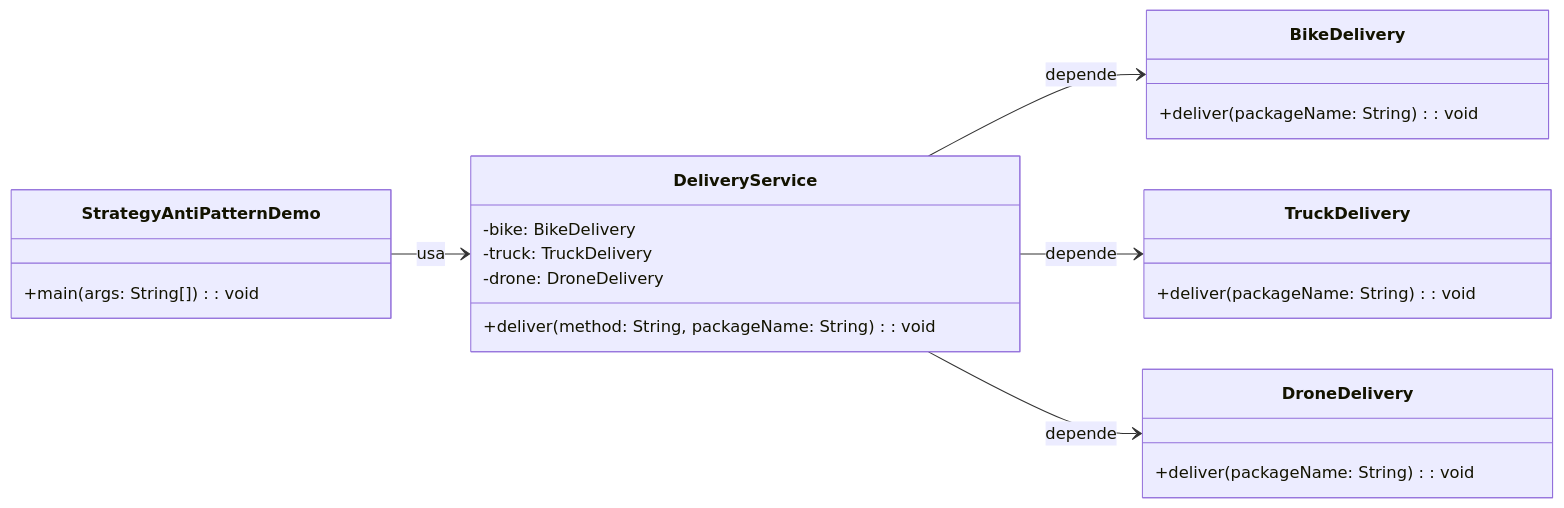
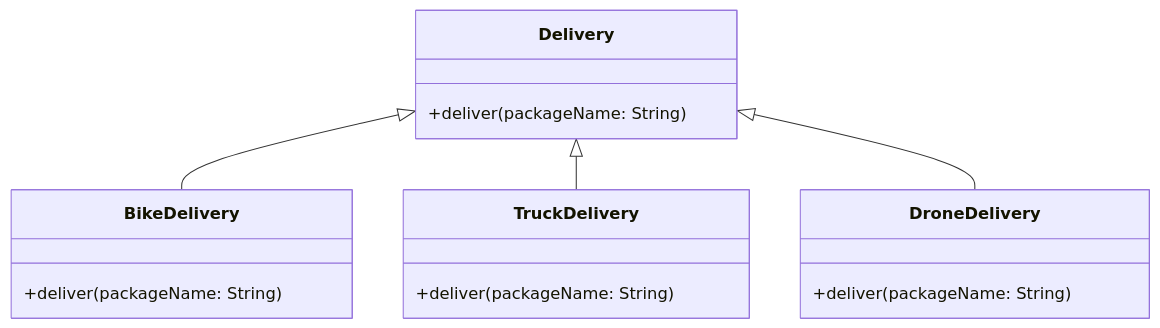
One commit to TiagoTReis/bertoti changed the diagram in padroes/strategy/antipattern/uml-antiPattern-strategy.md. Above: the diagram before and after it, drawn with Mermaid.

````diff
--- a/padroes/strategy/antipattern/uml-antiPattern-strategy.md
+++ b/padroes/strategy/antipattern/uml-antiPattern-strategy.md
@@ -1,33 +1,24 @@
 ```mermaid
 classDiagram
-    direction LR
+    direction TB
 
-    class StrategyAntiPatternDemo {
-        +main(args: String[]): void
-    }
-
-    class DeliveryService {
-        -bike: BikeDelivery
-        -truck: TruckDelivery
-        -drone: DroneDelivery
-        +deliver(method: String, packageName: String): void
+    class Delivery {
+        +deliver(packageName: String)
     }
 
     class BikeDelivery {
-        +deliver(packageName: String): void
+        +deliver(packageName: String)
     }
 
     class TruckDelivery {
-        +deliver(packageName: String): void
+        +deliver(packageName: String)
     }
 
     class DroneDelivery {
-        +deliver(packageName: String): void
+        +deliver(packageName: String)
     }
 
-    StrategyAntiPatternDemo --> DeliveryService : usa
-    DeliveryService --> BikeDelivery : depende
-    DeliveryService --> TruckDelivery : depende
-    DeliveryService --> DroneDelivery : depende
-
+    Delivery <|-- BikeDelivery
+    Delivery <|-- TruckDelivery
+    Delivery <|-- DroneDelivery
 ```
````
